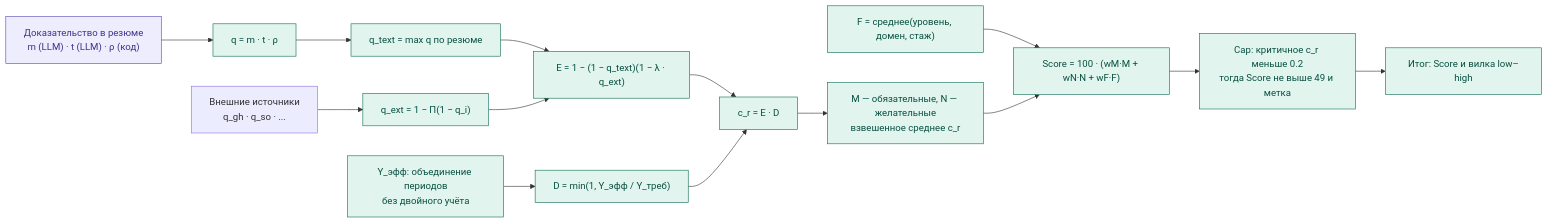
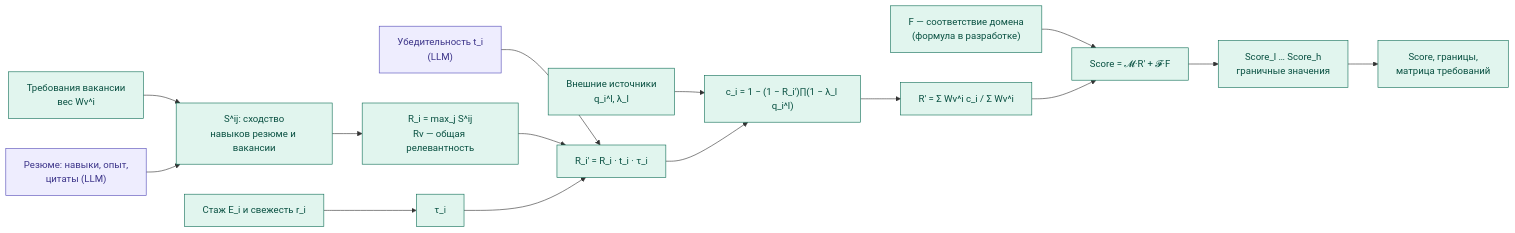
Before and after one commit to MiZentUi/tracing_ats: the fourth of 7 diagrams in README.md, drawn with Mermaid. The commit also changed other lines of this file and 1 other file, not shown here.

````diff
--- a/README.md
+++ b/README.md
@@ -337,22 +344,23 @@
 ```mermaid
 flowchart LR
     classDef llm fill:#EEEDFE,stroke:#534AB7,color:#3C3489
     classDef code fill:#E1F5EE,stroke:#0F6E56,color:#085041
 
-    EV["Доказательство в резюме<br/>m (LLM) · t (LLM) · ρ (код)"] --> Q["q = m · t · ρ"]
-    Q --> QT["q_text = max q по резюме"]
-    EXT["Внешние источники<br/>q_gh · q_so · ..."] --> QE["q_ext = 1 − Π(1 − q_i)"]
-    QT --> E["E = 1 − (1 − q_text)(1 − λ · q_ext)"]
-    QE --> E
-    Y["Y_эфф: объединение периодов<br/>без двойного учёта"] --> D["D = min(1, Y_эфф / Y_треб)"]
-    E --> C["c_r = E · D"]
-    D --> C
-    C --> MN["M — обязательные, N — желательные<br/>взвешенное среднее c_r"]
-    F["F = среднее(уровень, домен, стаж)"] --> S
-    MN --> S["Score = 100 · (wM·M + wN·N + wF·F)"]
-    S --> CAP["Cap: критичное c_r меньше 0.2<br/>тогда Score не выше 49 и метка"]
-    CAP --> R["Итог: Score и вилка low–high"]
+    V["Требования вакансии<br/>вес Wv^i"] --> S["S^ij: сходство<br/>навыков резюме и вакансии"]
+    R["Резюме: навыки, опыт,<br/>цитаты (LLM)"] --> S
+    S --> RI["R_i = max_j S^ij<br/>Rv — общая релевантность"]
+    EXP["Стаж E_i и свежесть r_i"] --> TAU["τ_i"]
+    CLM["Убедительность t_i<br/>(LLM)"] --> RP["R_i' = R_i · t_i · τ_i"]
+    RI --> RP
+    TAU --> RP
+    EXT["Внешние источники<br/>q_i^l, λ_l"] --> C["c_i = 1 − (1 − R_i')∏(1 − λ_l q_i^l)"]
+    RP --> C
+    C --> RPR["R' = Σ Wv^i c_i / Σ Wv^i"]
+    DOM["F — соответствие домена<br/>(формула в разработке)"] --> SC["Score = 𝓜·R' + 𝓕·F"]
+    RPR --> SC
+    SC --> B["Score_l … Score_h<br/>граничные значения"]
+    B --> OUT["Score, границы,<br/>матрица требований"]
 
-    class EV llm
-    class Q,QT,QE,E,Y,D,C,MN,F,S,CAP,R code
+    class R,CLM llm
+    class V,S,RI,EXP,TAU,RP,EXT,C,RPR,DOM,SC,B,OUT code
 ```
````
